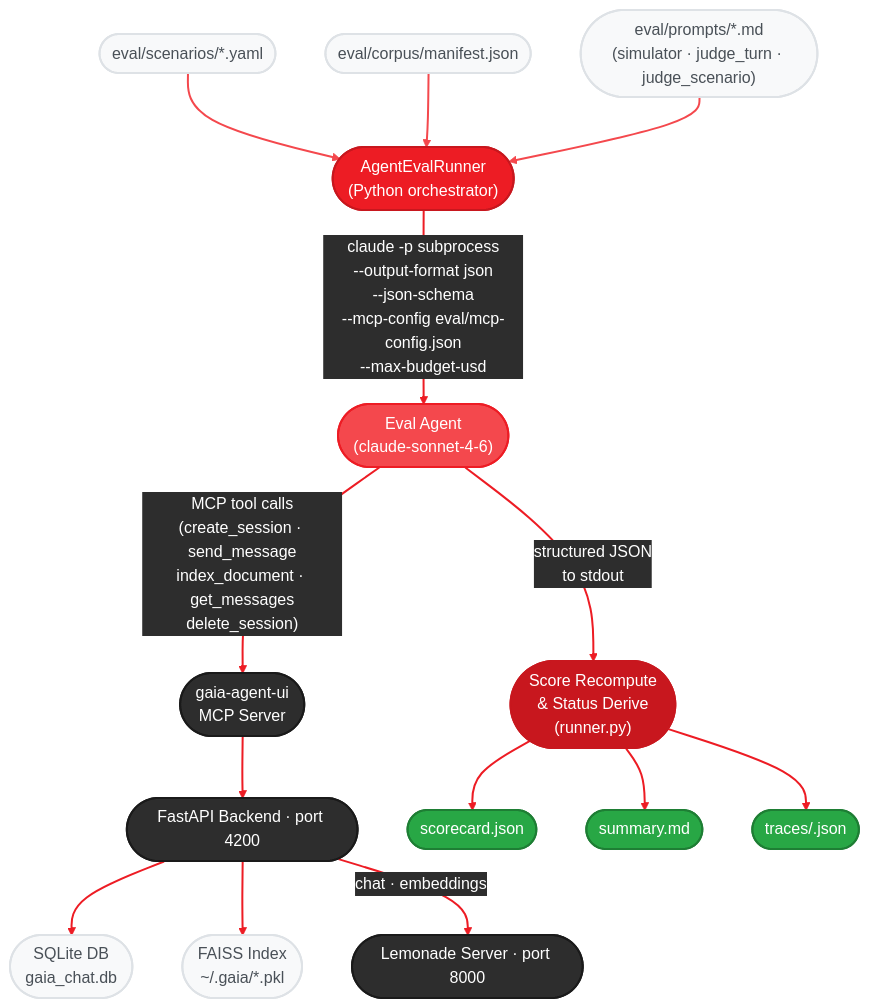
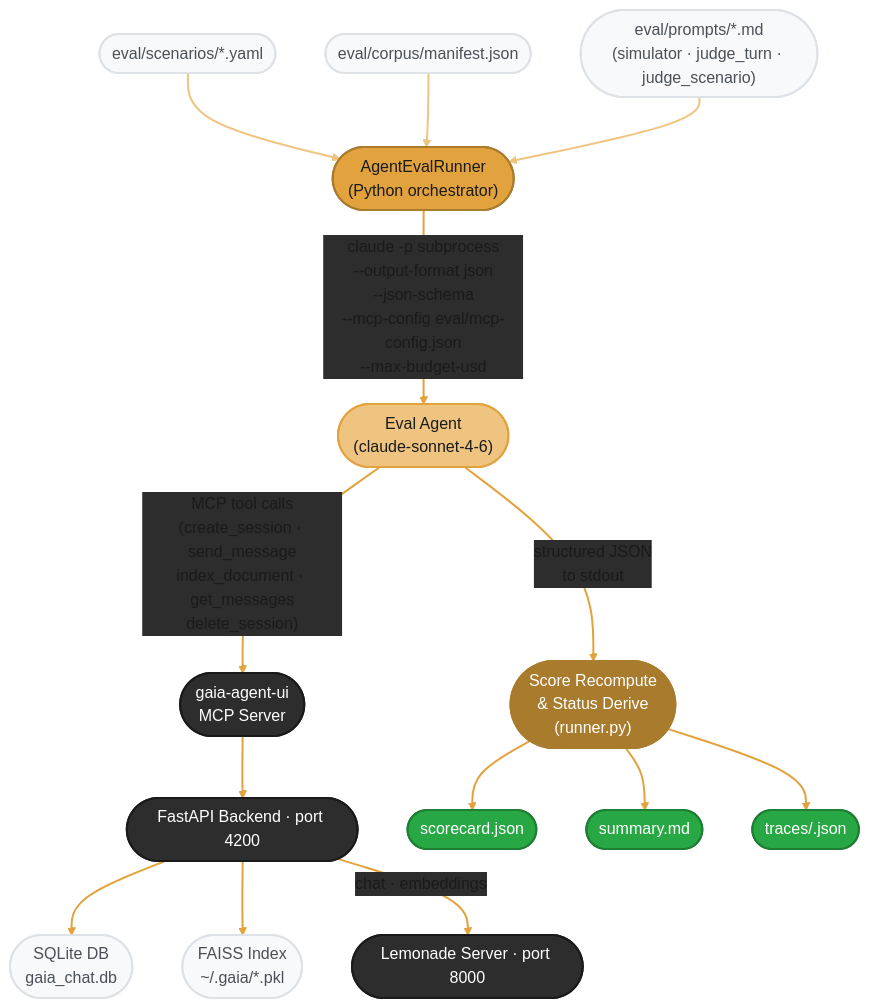
One commit to amd/gaia changed the first of 4 diagrams in docs/eval.mdx. Above: the diagram before and after it, drawn with Mermaid. The commit also changed other lines of this file and 37 other files, not shown here.

````diff
--- a/docs/eval.mdx
+++ b/docs/eval.mdx
@@ -41,39 +41,39 @@
 ```mermaid
-%%{init: {'theme':'base', 'themeVariables': { 'primaryColor':'#ED1C24', 'primaryTextColor':'#fff', 'primaryBorderColor':'#C8171E', 'lineColor':'#F4484D', 'secondaryColor':'#2d2d2d', 'tertiaryColor':'#f5f5f5', 'fontFamily': 'system-ui, -apple-system, sans-serif'}}}%%
+%%{init: {'theme':'base', 'themeVariables': { 'primaryColor':'#E2A33E', 'primaryTextColor':'#1a1a1a', 'primaryBorderColor':'#A87B2D', 'lineColor':'#EFC480', 'secondaryColor':'#2d2d2d', 'tertiaryColor':'#f5f5f5', 'fontFamily': 'system-ui, -apple-system, sans-serif'}}}%%
 flowchart TD
     YAML(["eval/scenarios/*.yaml"]) --> RUNNER(["AgentEvalRunner\n(Python orchestrator)"])
     MANIFEST(["eval/corpus/manifest.json"]) --> RUNNER
     PROMPTS(["eval/prompts/*.md\n(simulator · judge_turn · judge_scenario)"]) --> RUNNER
 
     RUNNER -->|"claude -p subprocess\n--output-format json\n--json-schema\n--mcp-config eval/mcp-config.json\n--max-budget-usd"| EVAL(["Eval Agent\n(claude-sonnet-4-6)"])
 
     EVAL -->|"MCP tool calls\n(create_session · send_message\nindex_document · get_messages\ndelete_session)"| MCPS(["gaia-agent-ui\nMCP Server"])
 
     MCPS --> API(["FastAPI Backend · port 4200"])
     API --> DB(["SQLite DB\ngaia_chat.db"])
     API --> RAG(["FAISS Index\n~/.gaia/*.pkl"])
     API -->|"chat · embeddings"| LEM(["Lemonade Server · port 8000"])
 
     EVAL -->|"structured JSON\nto stdout"| SCORE(["Score Recompute\n& Status Derive\n(runner.py)"])
     SCORE --> SC(["scorecard.json"])
     SCORE --> SM(["summary.md"])
     SCORE --> TR(["traces/<id>.json"])
 
     style YAML fill:#f8f9fa,stroke:#dee2e6,stroke-width:2px,color:#495057
     style MANIFEST fill:#f8f9fa,stroke:#dee2e6,stroke-width:2px,color:#495057
     style PROMPTS fill:#f8f9fa,stroke:#dee2e6,stroke-width:2px,color:#495057
-    style RUNNER fill:#ED1C24,stroke:#C8171E,stroke-width:2px,color:#fff
-    style EVAL fill:#F4484D,stroke:#ED1C24,stroke-width:2px,color:#fff
+    style RUNNER fill:#E2A33E,stroke:#A87B2D,stroke-width:2px,color:#1a1a1a
+    style EVAL fill:#EFC480,stroke:#E2A33E,stroke-width:2px,color:#1a1a1a
     style MCPS fill:#2d2d2d,stroke:#1a1a1a,stroke-width:2px,color:#fff
     style API fill:#2d2d2d,stroke:#1a1a1a,stroke-width:2px,color:#fff
     style DB fill:#f8f9fa,stroke:#dee2e6,stroke-width:2px,color:#495057
     style RAG fill:#f8f9fa,stroke:#dee2e6,stroke-width:2px,color:#495057
     style LEM fill:#2d2d2d,stroke:#1a1a1a,stroke-width:2px,color:#fff
-    style SCORE fill:#C8171E,stroke:#C8171E,stroke-width:2px,color:#fff
+    style SCORE fill:#A87B2D,stroke:#A87B2D,stroke-width:2px,color:#fff
     style SC fill:#28a745,stroke:#1e7e34,stroke-width:2px,color:#fff
     style SM fill:#28a745,stroke:#1e7e34,stroke-width:2px,color:#fff
     style TR fill:#28a745,stroke:#1e7e34,stroke-width:2px,color:#fff
 
-    linkStyle 0,1,2 stroke:#F4484D,stroke-width:2px
-    linkStyle 3,4,5,6,7,8,9,10,11,12 stroke:#ED1C24,stroke-width:2px
+    linkStyle 0,1,2 stroke:#EFC480,stroke-width:2px
+    linkStyle 3,4,5,6,7,8,9,10,11,12 stroke:#E2A33E,stroke-width:2px
 ```
````
